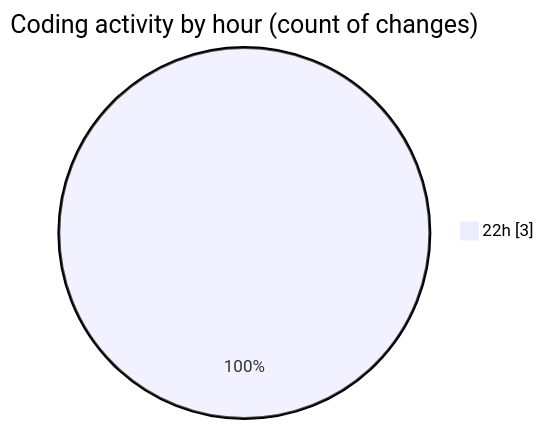
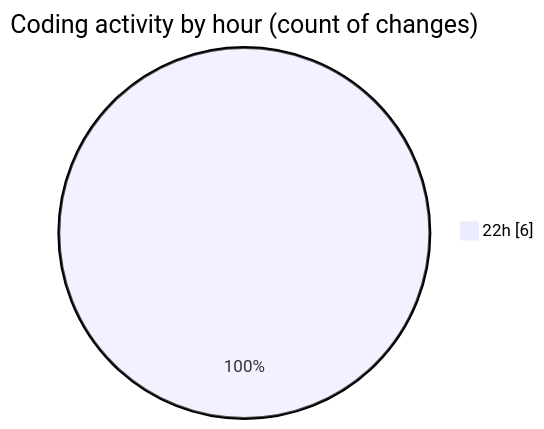
One commit to EIIisD/code-tracking changed the second of 2 diagrams in 2025-07-28/vtuber/README.md. Above: the diagram before and after it, drawn with Mermaid. The commit also changed other lines of this file and 1 other file, not shown here.

````diff
--- a/2025-07-28/vtuber/README.md
+++ b/2025-07-28/vtuber/README.md
@@ -28,5 +28,5 @@
 ```mermaid
 pie showData
 title Coding activity by hour (count of changes)
-"22h" : 3
+"22h" : 6
 ```
````
